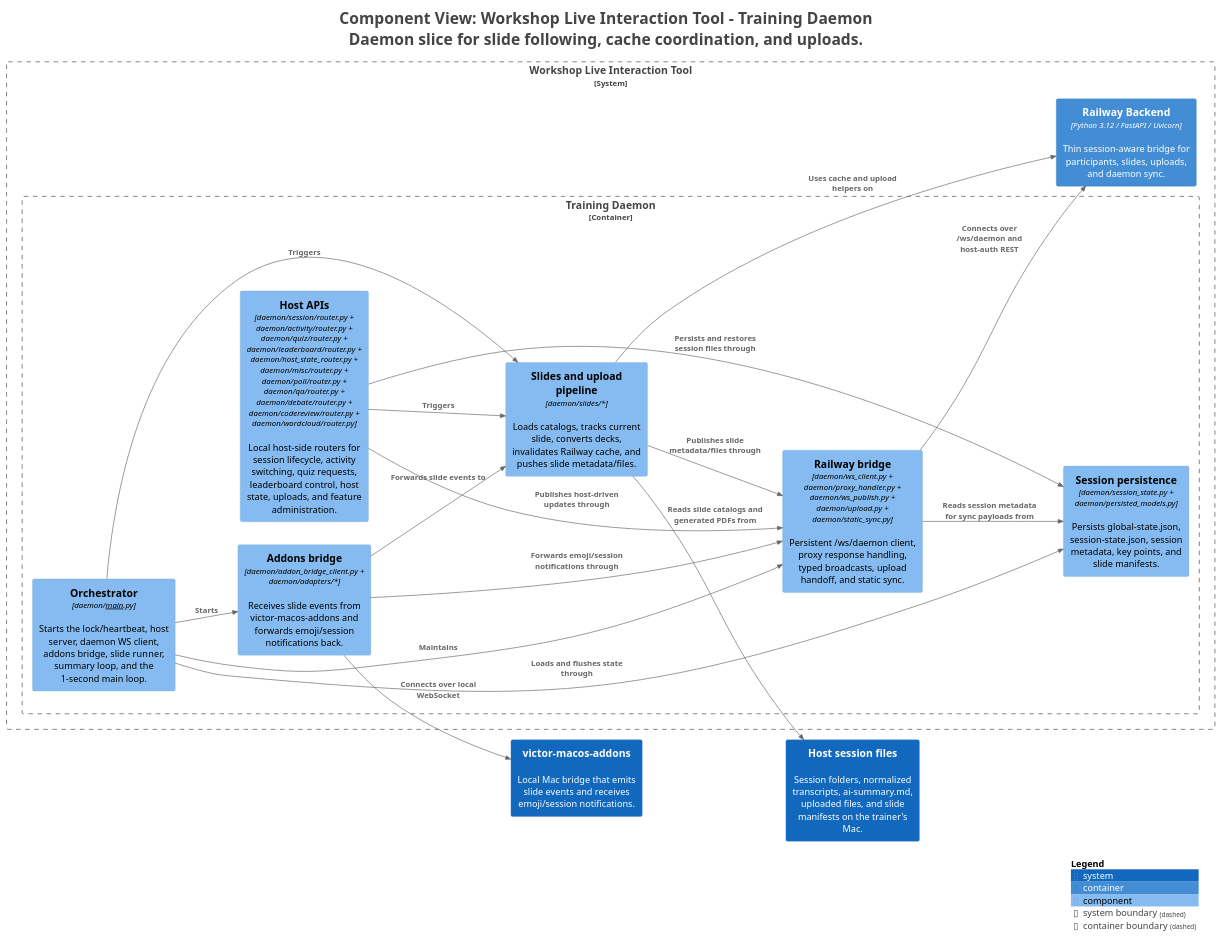
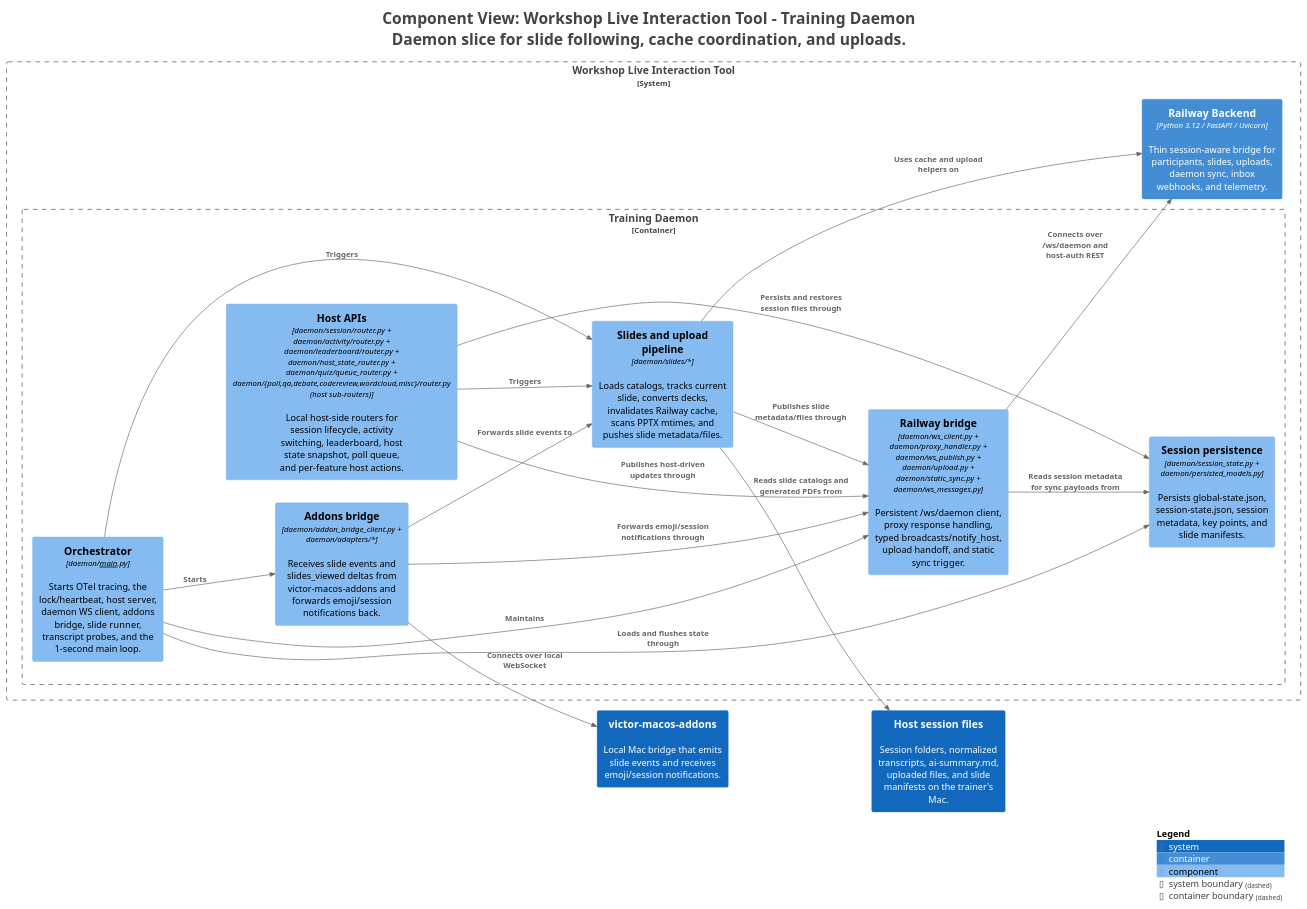
One commit to victorrentea/training-assistant changed the diagram in docs/c4views/C3-Daemon-Slides.puml. Above: the diagram before and after it, drawn with PlantUML. The commit also changed 33 other files, not shown here.

```diff
--- a/docs/c4views/C3-Daemon-Slides.puml
+++ b/docs/c4views/C3-Daemon-Slides.puml
@@ -1,53 +1,53 @@
 @startuml
 title <size:24>Component View: Workshop Live Interaction Tool - Training Daemon</size>\n<size:24>Daemon slice for slide following, cache coordination, and uploads.</size>
 
 set separator none
 left to right direction
 
 <style>
   root {
     BackgroundColor: #ffffff
     FontColor: #444444
   }
 </style>
 
 !include <C4/C4>
 !include <C4/C4_Context>
 !include <C4/C4_Container>
 !include <C4/C4_Component>
 
 System(victormacosaddons, "victor-macos-addons", $descr="Local Mac bridge that emits slide events and receives emoji/session notifications.", $tags="", $link="")
 System(Hostsessionfiles, "Host session files", $descr="Session folders, normalized transcripts, ai-summary.md, uploaded files, and slide manifests on the trainer's Mac.", $tags="", $link="")
 
 System_Boundary("WorkshopLiveInteractionTool_boundary", "Workshop Live Interaction Tool", $tags="") {
   Container_Boundary("WorkshopLiveInteractionTool.TrainingDaemon_boundary", "Training Daemon", $tags="") {
-    Component(WorkshopLiveInteractionTool.TrainingDaemon.Orchestrator, "Orchestrator", $techn="daemon/__main__.py", $descr="Starts the lock/heartbeat, host server, daemon WS client, addons bridge, slide runner, summary loop, and the 1-second main loop.", $tags="", $link="")
-    Component(WorkshopLiveInteractionTool.TrainingDaemon.HostAPIs, "Host APIs", $techn="daemon/session/router.py + daemon/activity/router.py + daemon/quiz/router.py + daemon/leaderboard/router.py + daemon/host_state_router.py + daemon/misc/router.py + daemon/poll/router.py + daemon/qa/router.py + daemon/debate/router.py + daemon/codereview/router.py + daemon/wordcloud/router.py", $descr="Local host-side routers for session lifecycle, activity switching, quiz requests, leaderboard control, host state, uploads, and feature administration.", $tags="", $link="")
-    Component(WorkshopLiveInteractionTool.TrainingDaemon.Railwaybridge, "Railway bridge", $techn="daemon/ws_client.py + daemon/proxy_handler.py + daemon/ws_publish.py + daemon/upload.py + daemon/static_sync.py", $descr="Persistent /ws/daemon client, proxy response handling, typed broadcasts, upload handoff, and static sync.", $tags="", $link="")
+    Component(WorkshopLiveInteractionTool.TrainingDaemon.Orchestrator, "Orchestrator", $techn="daemon/__main__.py", $descr="Starts OTel tracing, the lock/heartbeat, host server, daemon WS client, addons bridge, slide runner, transcript probes, and the 1-second main loop.", $tags="", $link="")
+    Component(WorkshopLiveInteractionTool.TrainingDaemon.HostAPIs, "Host APIs", $techn="daemon/session/router.py + daemon/activity/router.py + daemon/leaderboard/router.py + daemon/host_state_router.py + daemon/quiz/queue_router.py + daemon/{poll,qa,debate,codereview,wordcloud,misc}/router.py (host sub-routers)", $descr="Local host-side routers for session lifecycle, activity switching, leaderboard, host state snapshot, poll queue, and per-feature host actions.", $tags="", $link="")
+    Component(WorkshopLiveInteractionTool.TrainingDaemon.Railwaybridge, "Railway bridge", $techn="daemon/ws_client.py + daemon/proxy_handler.py + daemon/ws_publish.py + daemon/upload.py + daemon/static_sync.py + daemon/ws_messages.py", $descr="Persistent /ws/daemon client, proxy response handling, typed broadcasts/notify_host, upload handoff, and static sync trigger.", $tags="", $link="")
     Component(WorkshopLiveInteractionTool.TrainingDaemon.Sessionpersistence, "Session persistence", $techn="daemon/session_state.py + daemon/persisted_models.py", $descr="Persists global-state.json, session-state.json, session metadata, key points, and slide manifests.", $tags="", $link="")
-    Component(WorkshopLiveInteractionTool.TrainingDaemon.Slidesanduploadpipeline, "Slides and upload pipeline", $techn="daemon/slides/*", $descr="Loads catalogs, tracks current slide, converts decks, invalidates Railway cache, and pushes slide metadata/files.", $tags="", $link="")
-    Component(WorkshopLiveInteractionTool.TrainingDaemon.Addonsbridge, "Addons bridge", $techn="daemon/addon_bridge_client.py + daemon/adapters/*", $descr="Receives slide events from victor-macos-addons and forwards emoji/session notifications back.", $tags="", $link="")
+    Component(WorkshopLiveInteractionTool.TrainingDaemon.Slidesanduploadpipeline, "Slides and upload pipeline", $techn="daemon/slides/*", $descr="Loads catalogs, tracks current slide, converts decks, invalidates Railway cache, scans PPTX mtimes, and pushes slide metadata/files.", $tags="", $link="")
+    Component(WorkshopLiveInteractionTool.TrainingDaemon.Addonsbridge, "Addons bridge", $techn="daemon/addon_bridge_client.py + daemon/adapters/*", $descr="Receives slide events and slides_viewed deltas from victor-macos-addons and forwards emoji/session notifications back.", $tags="", $link="")
   }
 
-  Container(WorkshopLiveInteractionTool.RailwayBackend, "Railway Backend", $techn="Python 3.12 / FastAPI / Uvicorn", $descr="Thin session-aware bridge for participants, slides, uploads, and daemon sync.", $tags="", $link="")
+  Container(WorkshopLiveInteractionTool.RailwayBackend, "Railway Backend", $techn="Python 3.12 / FastAPI / Uvicorn", $descr="Thin session-aware bridge for participants, slides, uploads, daemon sync, inbox webhooks, and telemetry.", $tags="", $link="")
 }
 
+Rel(WorkshopLiveInteractionTool.TrainingDaemon.HostAPIs, WorkshopLiveInteractionTool.TrainingDaemon.Railwaybridge, "Publishes host-driven updates through", $techn="", $tags="", $link="")
+Rel(WorkshopLiveInteractionTool.TrainingDaemon.HostAPIs, WorkshopLiveInteractionTool.TrainingDaemon.Sessionpersistence, "Persists and restores session files through", $techn="", $tags="", $link="")
+Rel(WorkshopLiveInteractionTool.TrainingDaemon.HostAPIs, WorkshopLiveInteractionTool.TrainingDaemon.Slidesanduploadpipeline, "Triggers", $techn="", $tags="", $link="")
+Rel(WorkshopLiveInteractionTool.TrainingDaemon.Railwaybridge, WorkshopLiveInteractionTool.RailwayBackend, "Connects over /ws/daemon and host-auth REST", $techn="", $tags="", $link="")
+Rel(WorkshopLiveInteractionTool.TrainingDaemon.Railwaybridge, WorkshopLiveInteractionTool.TrainingDaemon.Sessionpersistence, "Reads session metadata for sync payloads from", $techn="", $tags="", $link="")
 Rel(WorkshopLiveInteractionTool.TrainingDaemon.Slidesanduploadpipeline, Hostsessionfiles, "Reads slide catalogs and generated PDFs from", $techn="", $tags="", $link="")
 Rel(WorkshopLiveInteractionTool.TrainingDaemon.Slidesanduploadpipeline, WorkshopLiveInteractionTool.TrainingDaemon.Railwaybridge, "Publishes slide metadata/files through", $techn="", $tags="", $link="")
 Rel(WorkshopLiveInteractionTool.TrainingDaemon.Slidesanduploadpipeline, WorkshopLiveInteractionTool.RailwayBackend, "Uses cache and upload helpers on", $techn="", $tags="", $link="")
 Rel(WorkshopLiveInteractionTool.TrainingDaemon.Addonsbridge, victormacosaddons, "Connects over local WebSocket", $techn="", $tags="", $link="")
 Rel(WorkshopLiveInteractionTool.TrainingDaemon.Addonsbridge, WorkshopLiveInteractionTool.TrainingDaemon.Slidesanduploadpipeline, "Forwards slide events to", $techn="", $tags="", $link="")
 Rel(WorkshopLiveInteractionTool.TrainingDaemon.Addonsbridge, WorkshopLiveInteractionTool.TrainingDaemon.Railwaybridge, "Forwards emoji/session notifications through", $techn="", $tags="", $link="")
 Rel(WorkshopLiveInteractionTool.TrainingDaemon.Orchestrator, WorkshopLiveInteractionTool.TrainingDaemon.Railwaybridge, "Maintains", $techn="", $tags="", $link="")
 Rel(WorkshopLiveInteractionTool.TrainingDaemon.Orchestrator, WorkshopLiveInteractionTool.TrainingDaemon.Sessionpersistence, "Loads and flushes state through", $techn="", $tags="", $link="")
 Rel(WorkshopLiveInteractionTool.TrainingDaemon.Orchestrator, WorkshopLiveInteractionTool.TrainingDaemon.Slidesanduploadpipeline, "Triggers", $techn="", $tags="", $link="")
 Rel(WorkshopLiveInteractionTool.TrainingDaemon.Orchestrator, WorkshopLiveInteractionTool.TrainingDaemon.Addonsbridge, "Starts", $techn="", $tags="", $link="")
-Rel(WorkshopLiveInteractionTool.TrainingDaemon.HostAPIs, WorkshopLiveInteractionTool.TrainingDaemon.Railwaybridge, "Publishes host-driven updates through", $techn="", $tags="", $link="")
-Rel(WorkshopLiveInteractionTool.TrainingDaemon.HostAPIs, WorkshopLiveInteractionTool.TrainingDaemon.Sessionpersistence, "Persists and restores session files through", $techn="", $tags="", $link="")
-Rel(WorkshopLiveInteractionTool.TrainingDaemon.HostAPIs, WorkshopLiveInteractionTool.TrainingDaemon.Slidesanduploadpipeline, "Triggers", $techn="", $tags="", $link="")
-Rel(WorkshopLiveInteractionTool.TrainingDaemon.Railwaybridge, WorkshopLiveInteractionTool.RailwayBackend, "Connects over /ws/daemon and host-auth REST", $techn="", $tags="", $link="")
-Rel(WorkshopLiveInteractionTool.TrainingDaemon.Railwaybridge, WorkshopLiveInteractionTool.TrainingDaemon.Sessionpersistence, "Reads session metadata for sync payloads from", $techn="", $tags="", $link="")
 
 SHOW_LEGEND(true)
 hide stereotypes
 @enduml
```
